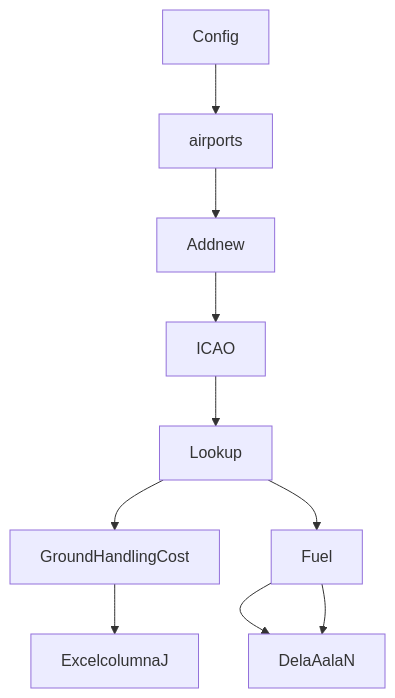
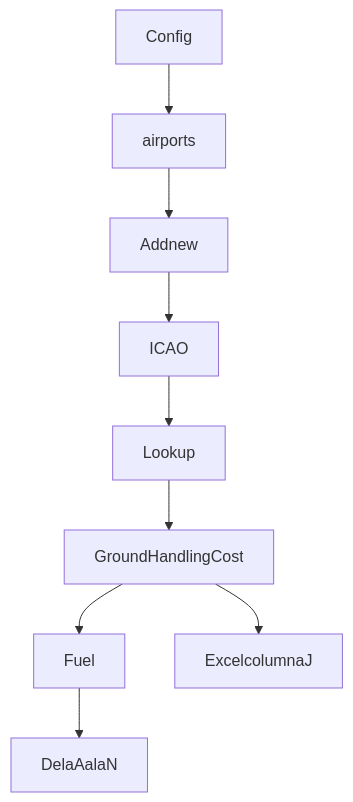
One commit to avs-code/Spark_surveillance_robot changed the diagram in flowdiagram.md. Above: the diagram before and after it, drawn with Mermaid.

````diff
--- a/flowdiagram.md
+++ b/flowdiagram.md
@@ -1,11 +1,10 @@
 ```mermaid
 graph TD;
 Config-->airports;
 airports-->Addnew;
 Addnew-->ICAO;
 ICAO-->Lookup;
-Lookup-->GroundHandlingCost;
+Lookup-->GroundHandlingCost-->Fuel;
 GroundHandlingCost-->ExcelcolumnaJ;
-Lookup-->Fuel-->DelaAalaN
 Fuel-->DelaAalaN;
 ```
````
